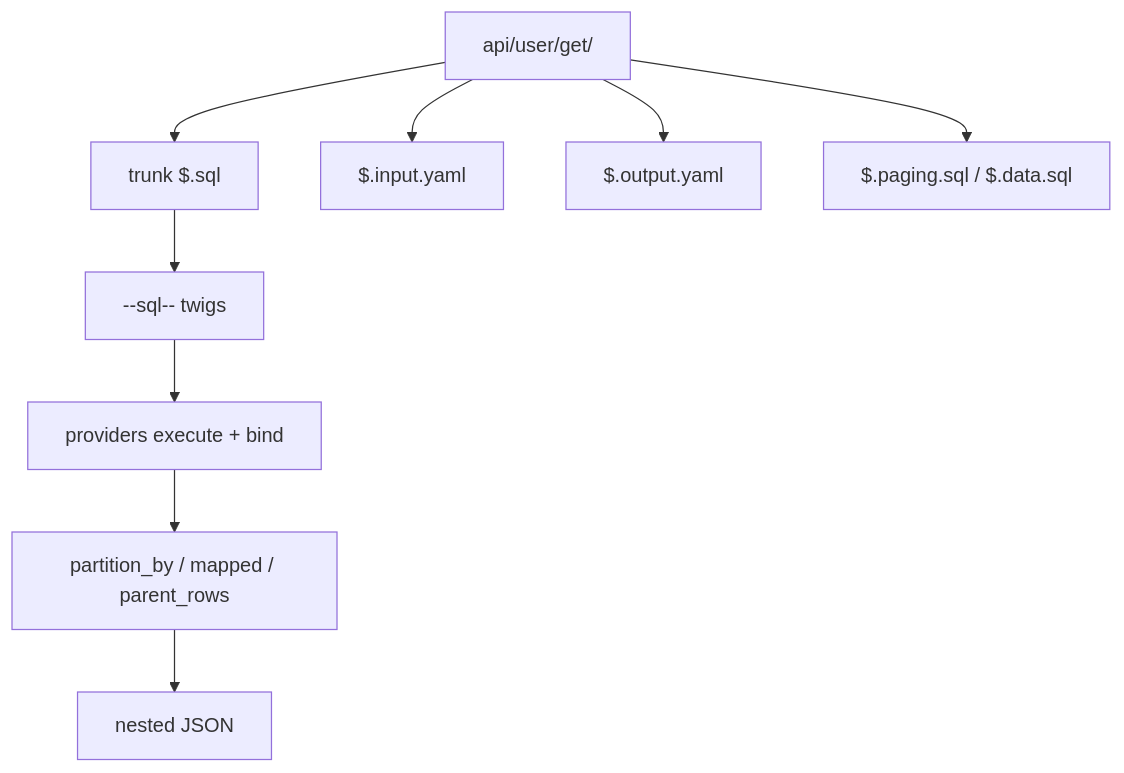
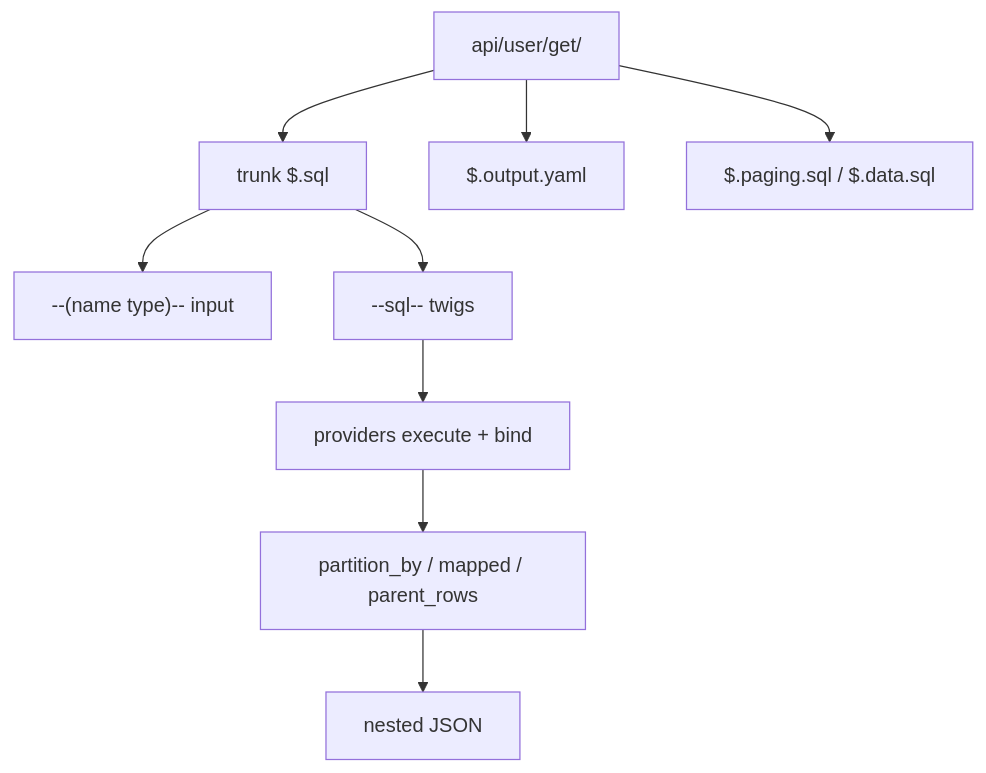
The diagram in docs/descriptors.md (kirubasankars/yaal), drawn with Mermaid before and after one commit. The commit also changed other lines of this file and 26 other files, not shown here.

First line of the commit message:
Derive input schemas from SQL headers; drop $.input.yaml.

````diff
--- a/docs/descriptors.md
+++ b/docs/descriptors.md
@@ -7,11 +7,11 @@
 ```mermaid
 flowchart TD
   op["api/user/get/"] --> trunk["trunk $.sql"]
-  op --> input["$.input.yaml"]
   op --> output["$.output.yaml"]
   op --> branches["$.paging.sql / $.data.sql"]
+  trunk --> header["--(name type)-- input"]
   trunk --> twigs["--sql-- twigs"]
   twigs --> exec["providers execute + bind"]
   exec --> shape["partition_by / mapped / parent_rows"]
   shape --> json["nested JSON"]
 ```
````
